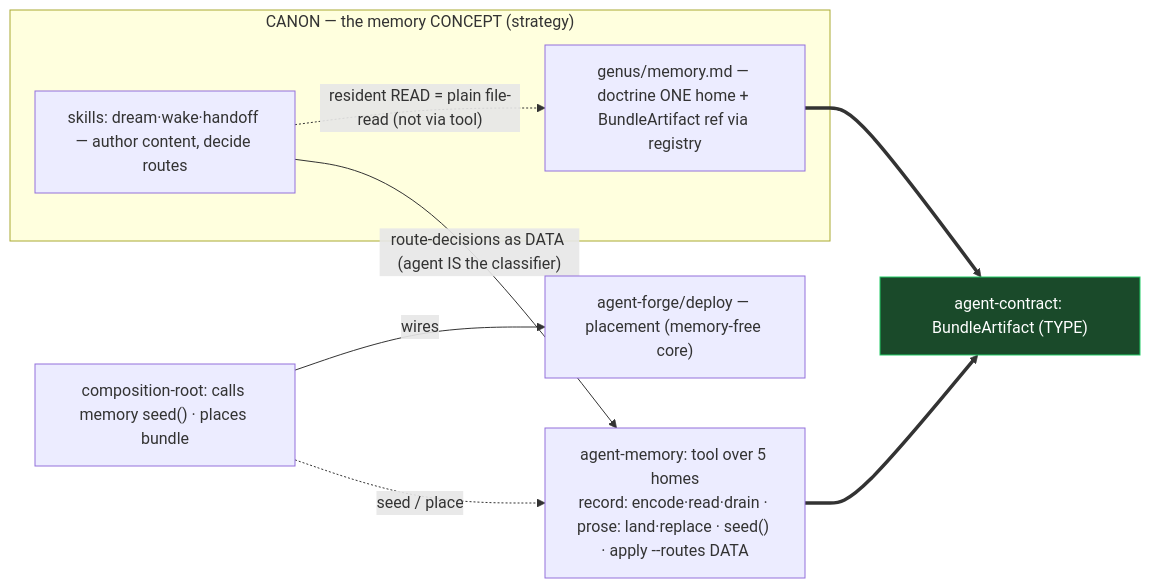
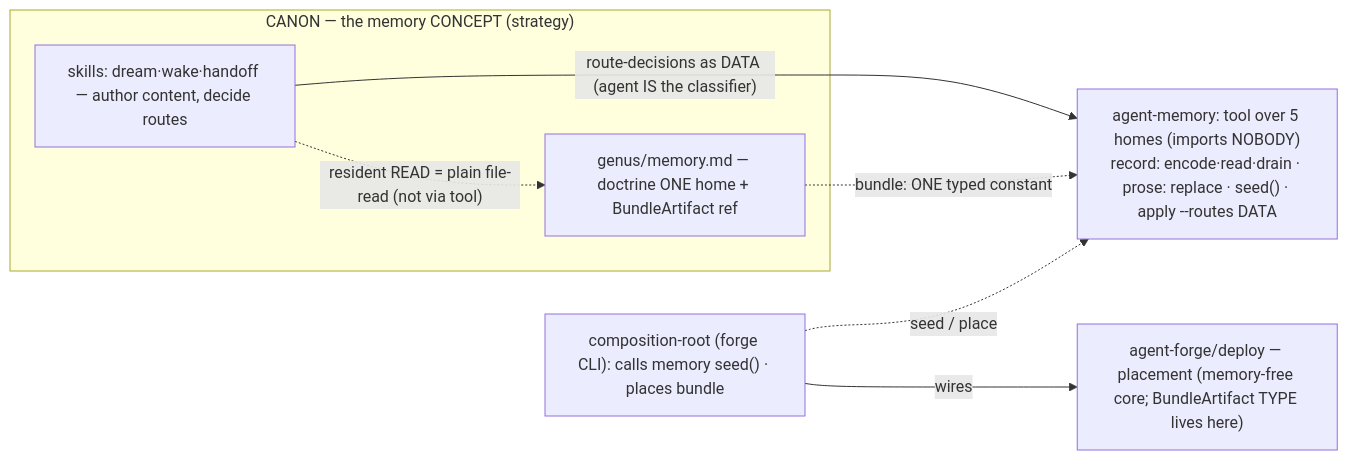
Before and after one commit to leclabs/cratylus: the fourth of 4 diagrams in plans/north-star-architecture/DIAGRAM.md, drawn with Mermaid. The commit also changed other lines of this file and 2 other files, not shown here.

First line of the commit message:
docs(north-star): round-5 — drop agent-contract (3 pkgs), de-palimpsest to §5

````diff
--- a/plans/north-star-architecture/DIAGRAM.md
+++ b/plans/north-star-architecture/DIAGRAM.md
@@ -119,18 +109,16 @@
 ```mermaid
 flowchart LR
-  CON2["agent-contract: BundleArtifact (TYPE)"]:::pure
   subgraph CANON2["CANON — the memory CONCEPT (strategy)"]
-    g2["genus/memory.md — doctrine ONE home + BundleArtifact ref via registry"]
+    g2["genus/memory.md — doctrine ONE home + BundleArtifact ref"]
     r2["skills: dream·wake·handoff — author content, decide routes"]
   end
-  FRG2["agent-forge/deploy — placement (memory-free core)"]
-  M2["agent-memory: tool over 5 homes<br/>record: encode·read·drain · prose: land·replace · seed() · apply --routes DATA"]
-  ROOT2["composition-root: calls memory seed() · places bundle"]
-  g2 ==> CON2
-  M2 ==> CON2
+  FRG2["agent-forge/deploy — placement (memory-free core; BundleArtifact TYPE lives here)"]
+  M2["agent-memory: tool over 5 homes (imports NOBODY)<br/>record: encode·read·drain · prose: replace · seed() · apply --routes DATA"]
+  ROOT2["composition-root (forge CLI): calls memory seed() · places bundle"]
+  g2 -.->|bundle: ONE typed constant| M2
   ROOT2 -.->|seed / place| M2
   ROOT2 -->|wires| FRG2
   r2 -->|"route-decisions as DATA (agent IS the classifier)"| M2
   r2 -.->|"resident READ = plain file-read (not via tool)"| g2
   classDef pure fill:#1a4a2a,stroke:#2c6,color:#fff;
 ```
````
